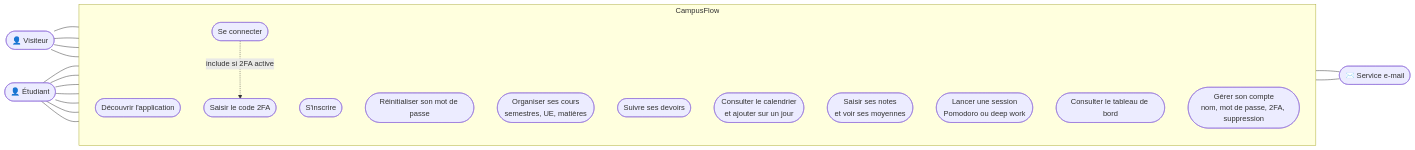
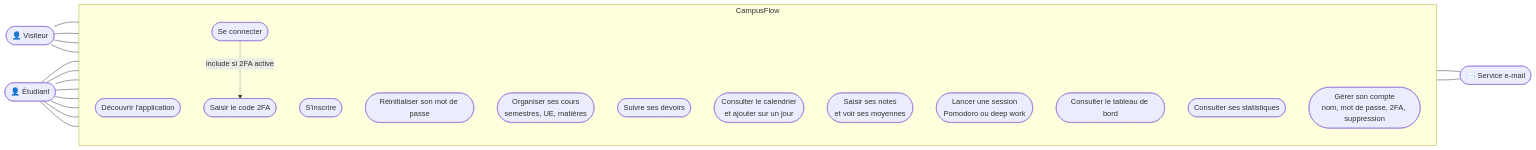
One commit to sllmb/campusflow changed the diagram in docs/cas-d-utilisation.md. Above: the diagram before and after it, drawn with Mermaid. The commit also changed other lines of this file and 12 other files, not shown here.

````diff
--- a/docs/cas-d-utilisation.md
+++ b/docs/cas-d-utilisation.md
@@ -9,38 +9,40 @@
 ```mermaid
 flowchart LR
     visiteur(["👤 Visiteur"])
     etudiant(["👤 Étudiant"])
     mail(["✉️ Service e-mail"])
 
     subgraph campusflow["CampusFlow"]
         direction TB
         uc_accueil(["Découvrir l'application"])
         uc_inscription(["S'inscrire"])
         uc_connexion(["Se connecter"])
         uc_reset(["Réinitialiser son mot de passe"])
         uc_2fa(["Saisir le code 2FA"])
         uc_cours(["Organiser ses cours<br/>semestres, UE, matières"])
         uc_devoirs(["Suivre ses devoirs"])
         uc_calendrier(["Consulter le calendrier<br/>et ajouter sur un jour"])
         uc_notes(["Saisir ses notes<br/>et voir ses moyennes"])
         uc_focus(["Lancer une session<br/>Pomodoro ou deep work"])
         uc_dashboard(["Consulter le tableau de bord"])
+        uc_stats(["Consulter ses statistiques"])
         uc_profil(["Gérer son compte<br/>nom, mot de passe, 2FA, suppression"])
     end
 
     visiteur --- uc_accueil
     visiteur --- uc_inscription
     visiteur --- uc_connexion
     visiteur --- uc_reset
     uc_connexion -. "include si 2FA active" .-> uc_2fa
     uc_inscription --- mail
     uc_reset --- mail
 
     etudiant --- uc_cours
     etudiant --- uc_devoirs
     etudiant --- uc_calendrier
     etudiant --- uc_notes
     etudiant --- uc_focus
     etudiant --- uc_dashboard
+    etudiant --- uc_stats
     etudiant --- uc_profil
 ```
````
